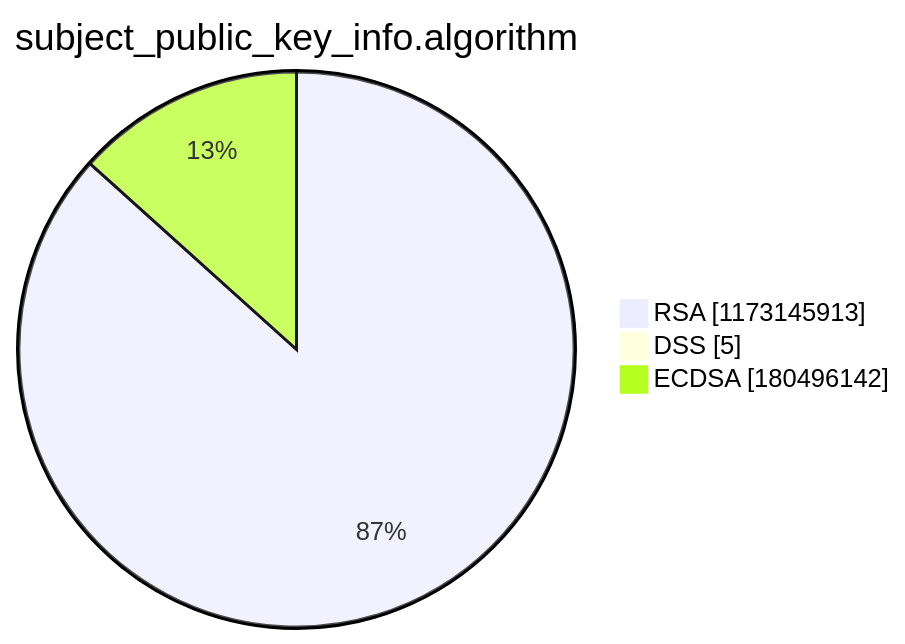
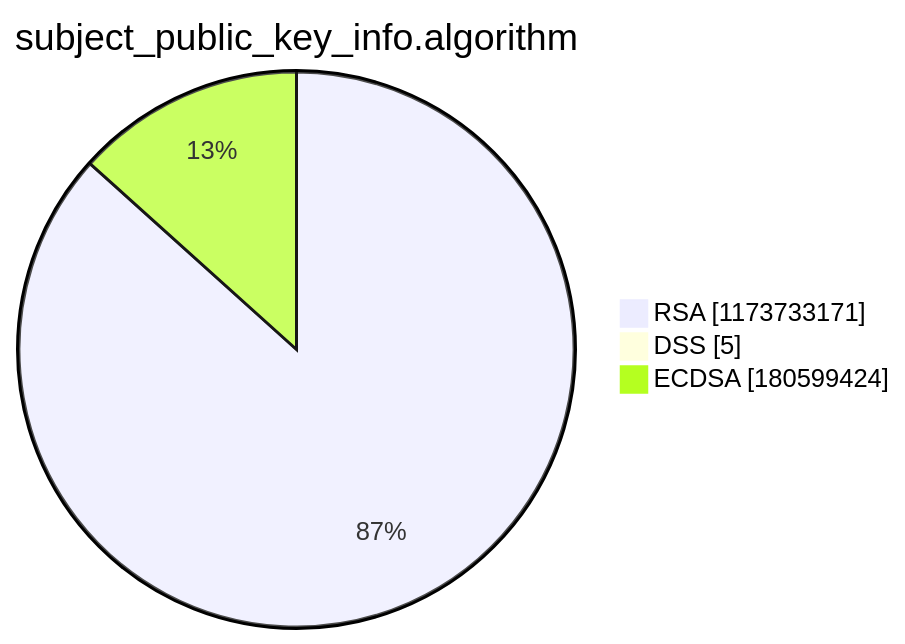
Before and after one commit to christiankrug/ctmonitor_visualization: the third of 15 diagrams in argon2022/README.md, drawn with Mermaid. The commit also changed other lines of this file, not shown here.

````diff
--- a/argon2022/README.md
+++ b/argon2022/README.md
@@ -14,7 +14,7 @@
 ```mermaid
 pie showData
 title subject_public_key_info.algorithm
-"RSA" :1173145913
+"RSA" :1173733171
 "DSS" :5
-"ECDSA" :180496142
+"ECDSA" :180599424
 ```
````
